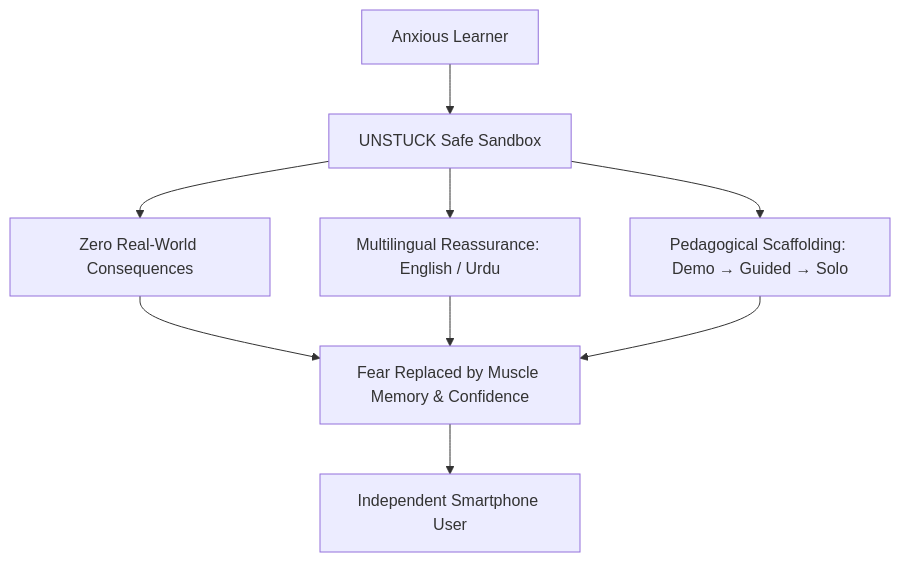
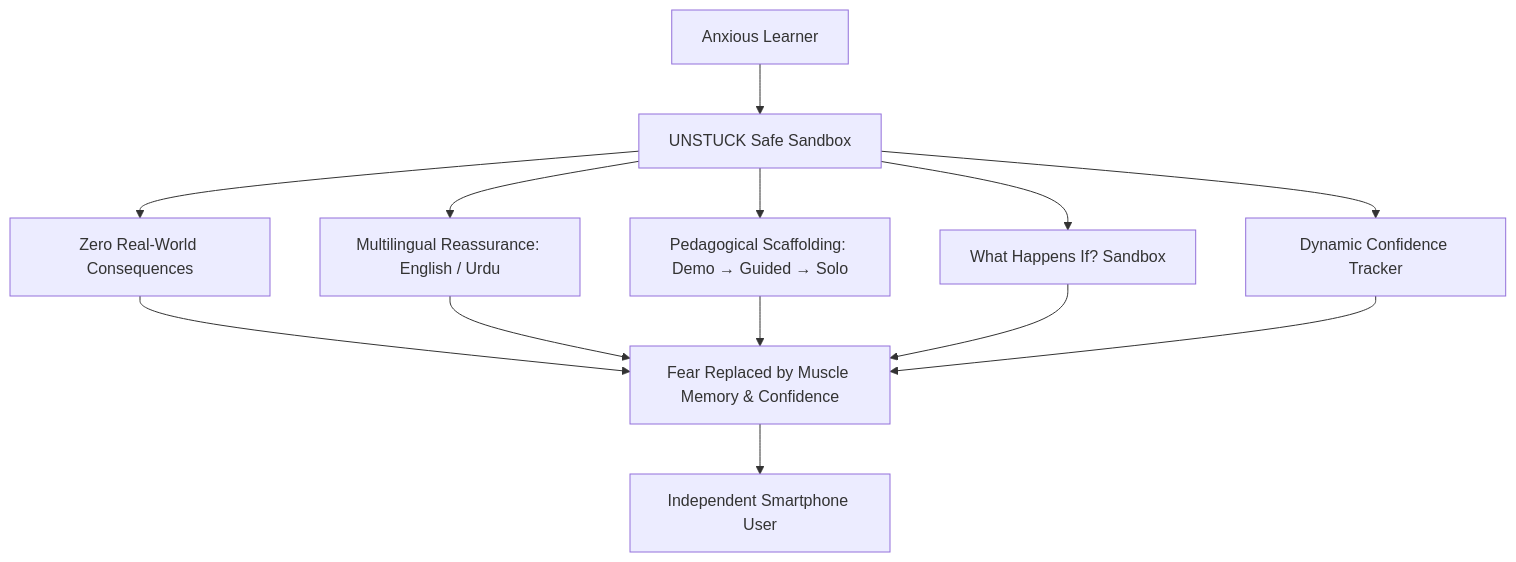
Before and after one commit to zkestroyer/Unstuck: the first of 3 diagrams in UNSTUCK_Comprehensive_App_Summary.md, drawn with Mermaid. The commit also changed other lines of this file and 24 other files, not shown here.

````diff
--- a/UNSTUCK_Comprehensive_App_Summary.md
+++ b/UNSTUCK_Comprehensive_App_Summary.md
@@ -26,11 +26,15 @@
 ```mermaid
 graph TD
     A[Anxious Learner] --> B[UNSTUCK Safe Sandbox]
     B --> C[Zero Real-World Consequences]
     B --> D[Multilingual Reassurance: English / Urdu]
     B --> E[Pedagogical Scaffolding: Demo → Guided → Solo]
-    C --> F[Fear Replaced by Muscle Memory & Confidence]
-    D --> F
-    E --> F
-    F --> G[Independent Smartphone User]
+    B --> F[What Happens If? Sandbox]
+    B --> G[Dynamic Confidence Tracker]
+    C --> H[Fear Replaced by Muscle Memory & Confidence]
+    D --> H
+    E --> H
+    F --> H
+    G --> H
+    H --> I[Independent Smartphone User]
 ```
````
